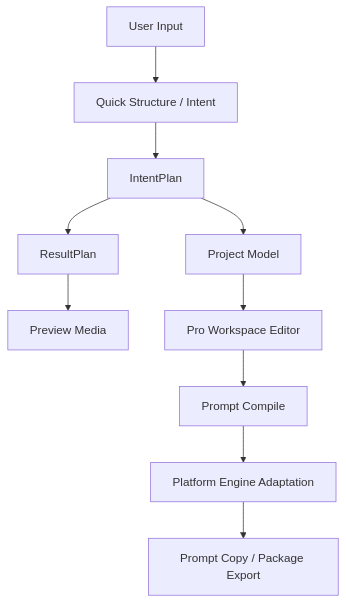
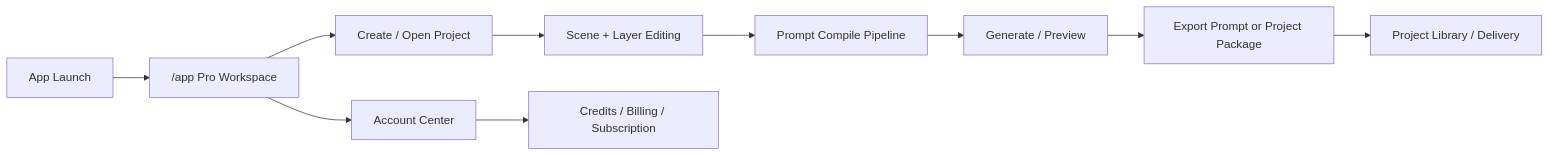
One commit to Drake7098/scene-pilot changed the diagram in docs/product-flow-and-structure.md. Above: the diagram before and after it, drawn with Mermaid. The commit also changed other lines of this file and 24 other files, not shown here.

````diff
--- a/docs/product-flow-and-structure.md
+++ b/docs/product-flow-and-structure.md
@@ -286,12 +18,13 @@
 ```mermaid
-flowchart TD
-  A["User Input"] --> B["Quick Structure / Intent"]
-  B --> C["IntentPlan"]
-  C --> D["ResultPlan"]
-  C --> E["Project Model"]
-  D --> F["Preview Media"]
-  E --> G["Pro Workspace Editor"]
-  G --> H["Prompt Compile"]
-  H --> I["Platform Engine Adaptation"]
-  I --> J["Prompt Copy / Package Export"]
+flowchart LR
+  A["App Launch"] --> B["/app Pro Workspace"]
+  B --> C["Create / Open Project"]
+  C --> D["Scene + Layer Editing"]
+  D --> E["Prompt Compile Pipeline"]
+  E --> F["Generate / Preview"]
+  F --> G["Export Prompt or Project Package"]
+  G --> H["Project Library / Delivery"]
+
+  B --> I["Account Center"]
+  I --> J["Credits / Billing / Subscription"]
 ```
````
